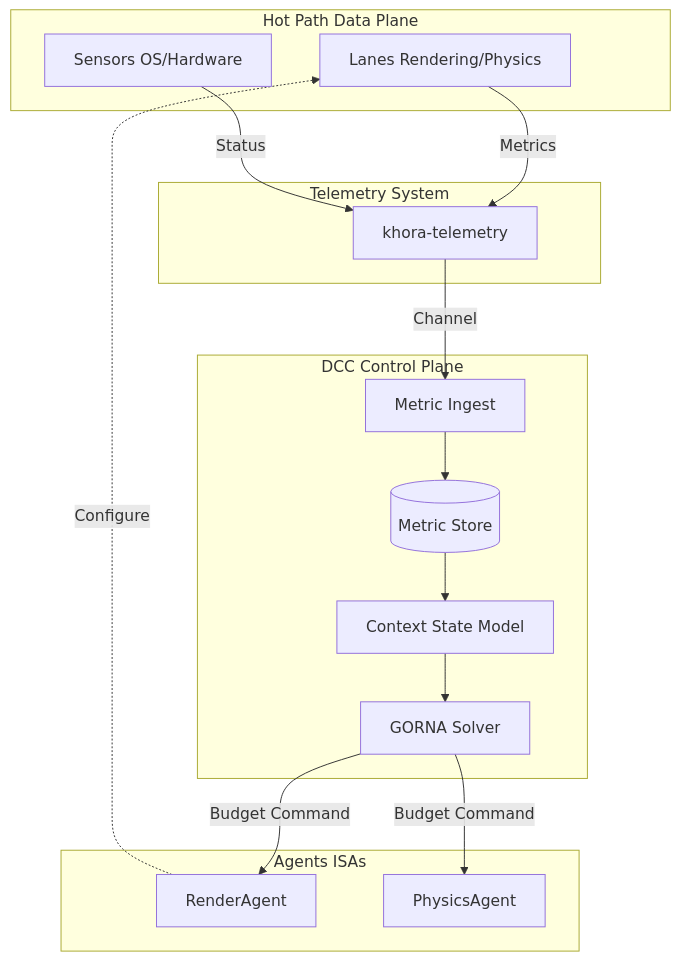
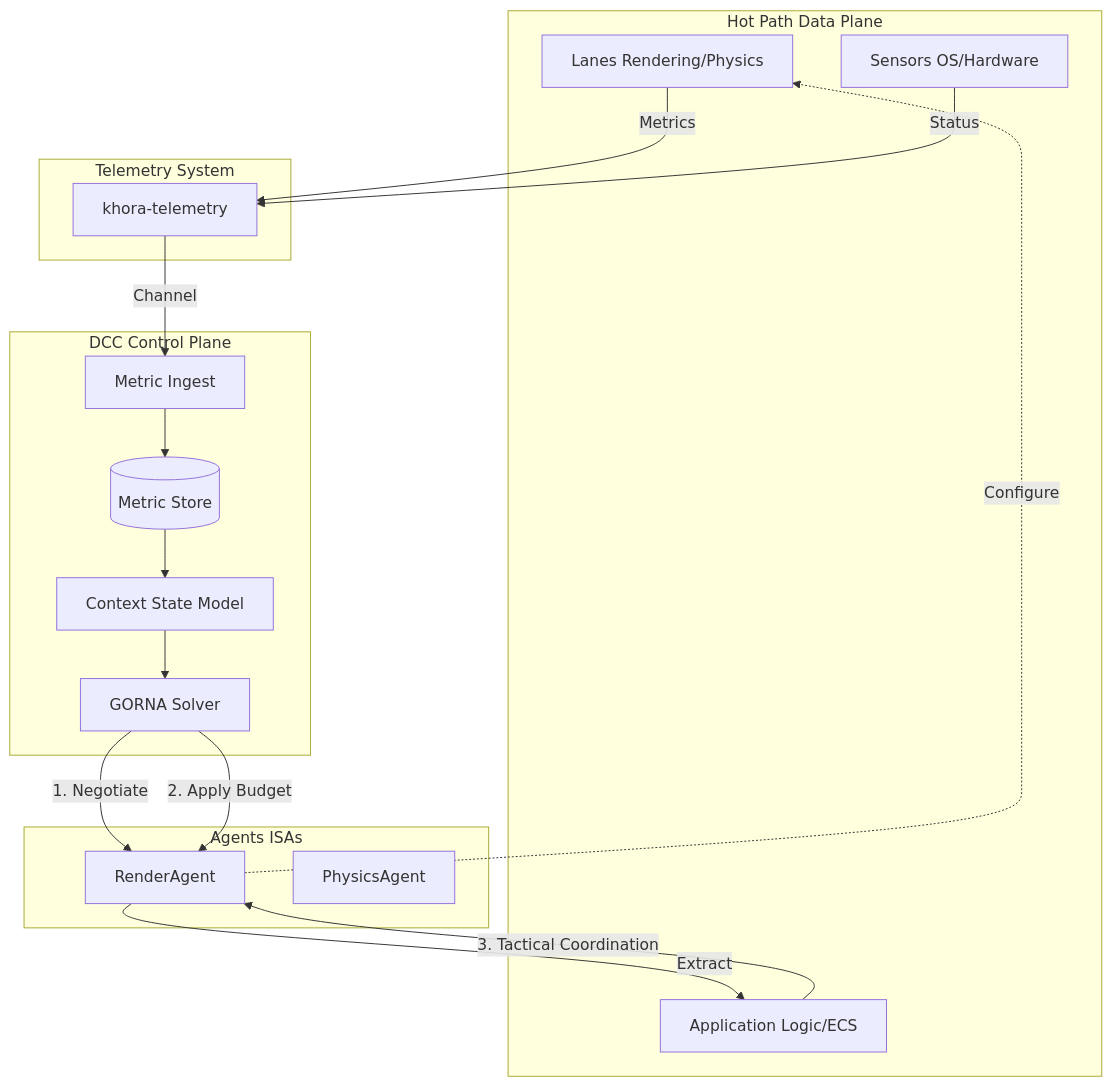
One commit to eraflo/KhoraEngine changed the diagram in docs/src/11_dcc_architecture.md. Above: the diagram before and after it, drawn with Mermaid. The commit also changed other lines of this file and 25 other files, not shown here.

````diff
--- a/docs/src/11_dcc_architecture.md
+++ b/docs/src/11_dcc_architecture.md
@@ -85,37 +85,40 @@
 ```mermaid
 graph TD
     subgraph Hot_Path [Hot Path Data Plane]
         Lanes[Lanes Rendering/Physics]
         Perif[Sensors OS/Hardware]
+        App[Application Logic/ECS]
     end
 
     subgraph Telemetry_System [Telemetry System]
         Tel[khora-telemetry]
     end
 
     subgraph DCC [DCC Control Plane]
         Ingest[Metric Ingest]
         Store[(Metric Store)]
         State[Context State Model]
         Brain[GORNA Solver]
     end
 
     subgraph Agents [Agents ISAs]
         RenderAgent
         PhysicsAgent
     end
 
     %% Data Flow
     Lanes -- Metrics --> Tel
     Perif -- Status --> Tel
     
     Tel -- "Channel" --> Ingest
     Ingest --> Store
     Store --> State
     State --> Brain
     
-    Brain -- "Budget Command" --> RenderAgent
-    Brain -- "Budget Command" --> PhysicsAgent
+    Brain -- "1. Negotiate" --> RenderAgent
+    Brain -- "2. Apply Budget" --> RenderAgent
     
+    App -- "3. Tactical Coordination" --> RenderAgent
+    RenderAgent -- "Extract" --> App
     RenderAgent -.->|Configure| Lanes
 ```
````
